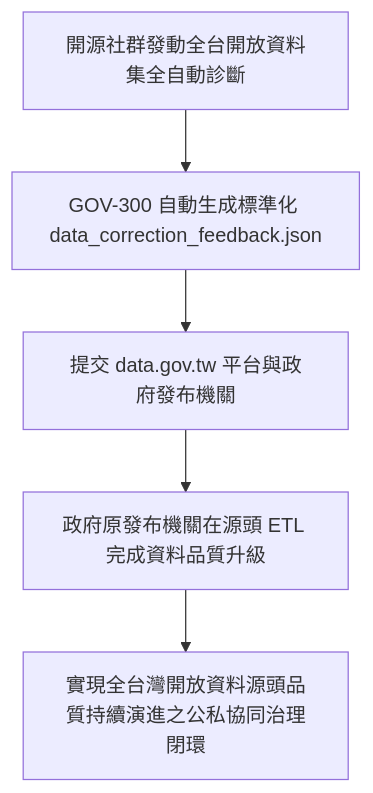
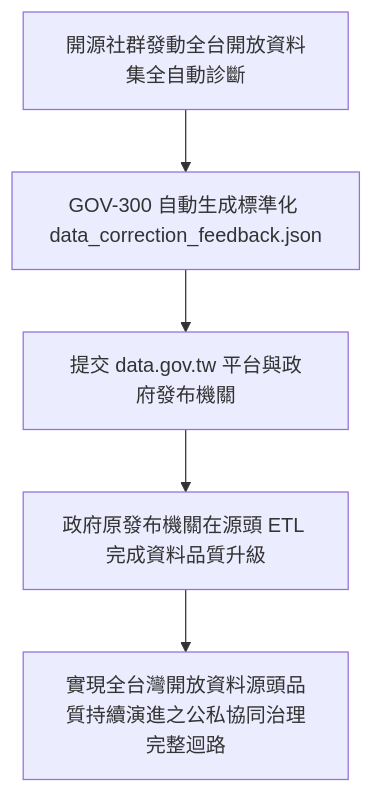
Before and after one commit to wuulong/tw-gov-db: the diagram in book/05_stakeholder_playbooks/5.7_civic_tech_playbook.md, drawn with Mermaid. The commit also changed other lines of this file and 37 other files, not shown here.

````diff
--- a/book/05_stakeholder_playbooks/5.7_civic_tech_playbook.md
+++ b/book/05_stakeholder_playbooks/5.7_civic_tech_playbook.md
@@ -41,7 +41,7 @@
 ```mermaid
 flowchart TD
     A[開源社群發動全台開放資料集全自動診斷] --> B[GOV-300 自動生成標準化 data_correction_feedback.json]
     B --> C[提交 data.gov.tw 平台與政府發布機關]
     C --> D[政府原發布機關在源頭 ETL 完成資料品質升級]
-    D --> E[實現全台灣開放資料源頭品質持續演進之公私協同治理閉環]
+    D --> E[實現全台灣開放資料源頭品質持續演進之公私協同治理完整迴路]
 ```
````
